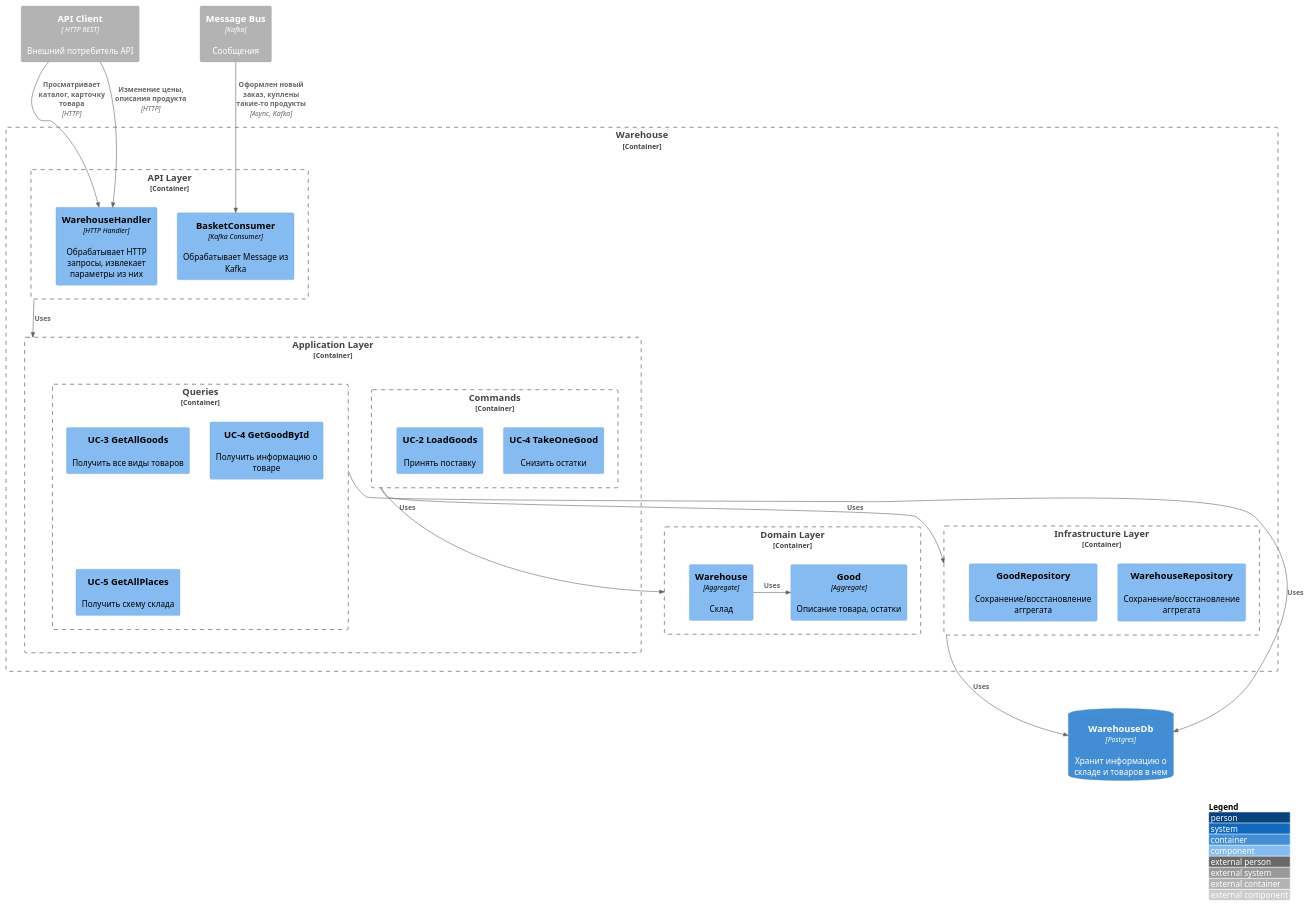
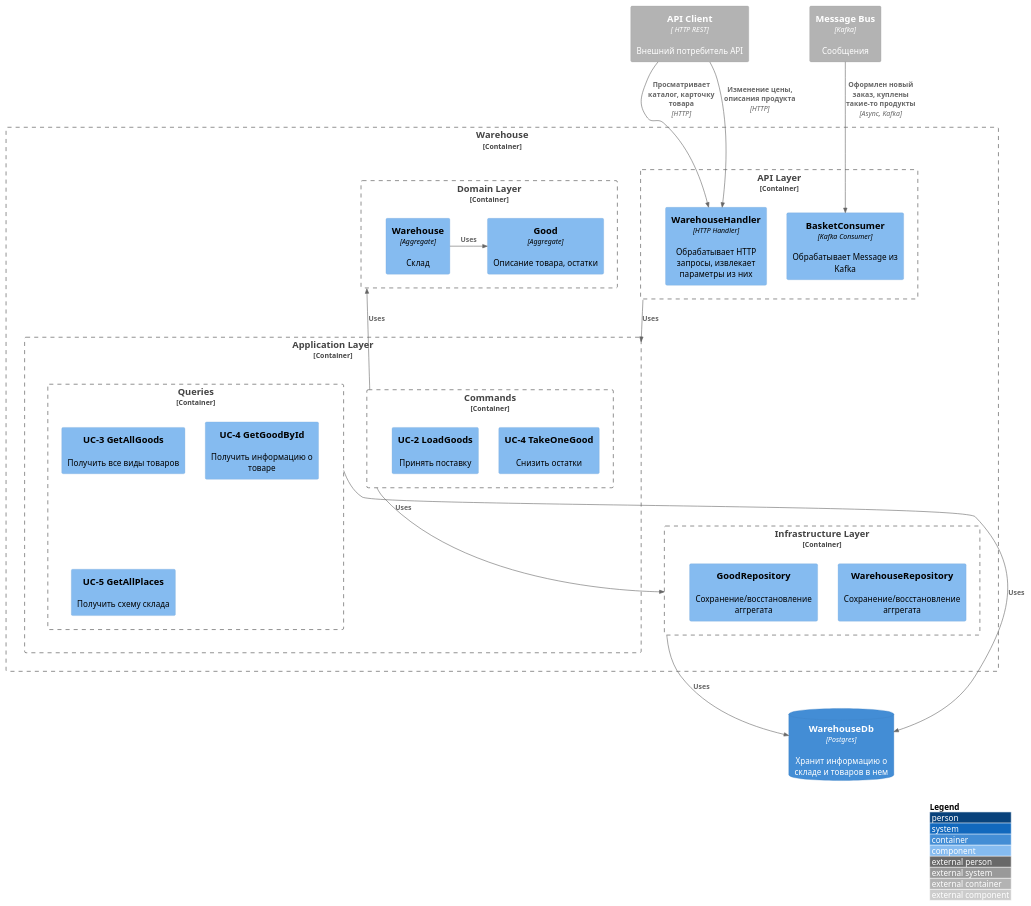
The second of 5 diagrams in services/warehouse/README.md (gerzhan/knigaexpert-system-design), drawn with PlantUML before and after one commit.

````diff
--- a/services/warehouse/README.md
+++ b/services/warehouse/README.md
@@ -45,58 +45,58 @@
 ```plantuml
 !include https://raw.githubusercontent.com/plantuml-stdlib/C4-PlantUML/master/C4_Component.puml
 LAYOUT_WITH_LEGEND()
 
 Container_Ext(api_client, "API Client", " HTTP REST", "Внешний потребитель API")
 
 Container_Ext(message_bus, "Message Bus", "Kafka", "Сообщения")
 
 Container_Boundary(warehouse_service, "Warehouse") {
     Container_Boundary(api_layer, "API Layer") {
     Component(warehouse_handler, "WarehouseHandler", "HTTP Handler", "Обрабатывает HTTP запросы, извлекает параметры из них")
     
     Component(basket_consumer, "BasketConsumer", "Kafka Consumer", "Обрабатывает Message из Kafka")
     }
 
     Container_Boundary(application_layer, "Application Layer") {
       Container_Boundary(commands, "Commands") {
         Component(uc4_take_one_good_command, "UC-4 TakeOneGood", "", "Снизить остатки")
         Component(uc2_load_goods_command, "UC-2 LoadGoods", "", "Принять поставку")
       }
 
       Container_Boundary(queries, "Queries") {
         Component(uc3_get_all_goods_query, "UC-3 GetAllGoods", "", "Получить все виды товаров")
 
         Component(uc4_get_good_by_id_query, "UC-4 GetGoodById", "", "Получить информацию о товаре")
 
         Component(uc5_get_all_places_query, "UC-5 GetAllPlaces", "", "Получить схему склада")
       }
     }
 
     Container_Boundary(domain_layer, "Domain Layer") {
       Component(warehouse_aggregate, "Warehouse", "Aggregate", "Склад")
       Component(good_aggregate, "Good", "Aggregate", "Описание товара, остатки")
     }
 
     Container_Boundary(infrastructure_layer, "Infrastructure Layer") {
       Component(warehouse_aggregate_repository, "WarehouseRepository", "", "Сохранение/восстановление аггрегата")
       Component(good_aggregate_repository, "GoodRepository", "", "Сохранение/восстановление аггрегата")
     }
 
     Rel(message_bus, basket_consumer, "Оформлен новый заказ, куплены такие-то продукты", "Async, Kafka")
     
     Rel(api_client, warehouse_handler, "Просматривает каталог, карточку товара", "HTTP")
     Rel(api_client, warehouse_handler, "Изменение цены, описания продукта", "HTTP")
 
     Rel_D(api_layer, application_layer, "Uses")
     
-    Rel_D(commands, domain_layer, "Uses")
+    Rel_U(commands, domain_layer, "Uses")
 
     Rel_R(warehouse_aggregate, good_aggregate, "Uses")
 
     Rel_D(commands, infrastructure_layer, "Uses")
 }
 
 ContainerDb(db, "WarehouseDb", "Postgres", "Хранит информацию о складе и товаров в нем")
 Rel_D(infrastructure_layer, db, "Uses")
 Rel_D(queries, db, "Uses")
 ```
````
